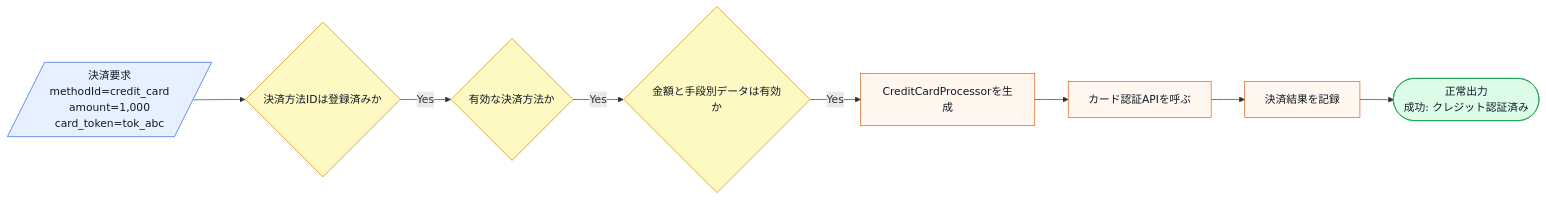
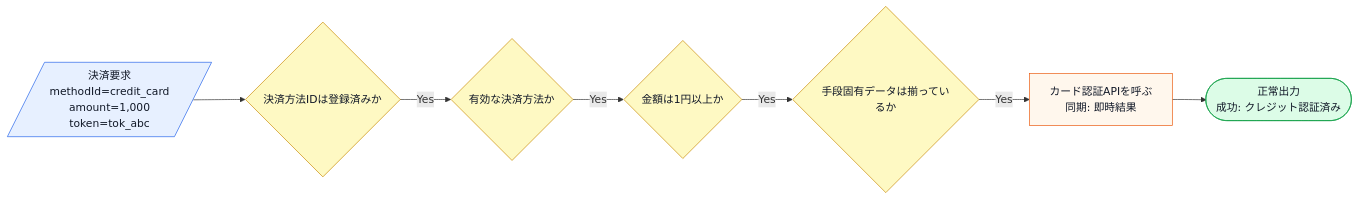
The second of 9 diagrams in kindle/design-patterns/output/chapter08.md (kumachan1101-pixel/DesignPattern), drawn with Mermaid before and after one commit. The commit also changed other lines of this file, not shown here.

````diff
--- a/kindle/design-patterns/output/chapter08.md
+++ b/kindle/design-patterns/output/chapter08.md
@@ -98,15 +123,14 @@
 ```mermaid
 flowchart LR
-    A[/決済要求<br>methodId=credit_card<br>amount=1,000<br>card_token=tok_abc/]:::input --> B{決済方法IDは登録済みか}:::decision
+    A[/決済要求<br>methodId=credit_card<br>amount=1,000<br>token=tok_abc/]:::input --> B{決済方法IDは登録済みか}:::decision
     B -->|Yes| C{有効な決済方法か}:::decision
-    C -->|Yes| D{金額と手段別データは有効か}:::decision
-    D -->|Yes| E[CreditCardProcessorを生成]:::process
-    E --> F[カード認証APIを呼ぶ]:::process
-    F --> G[決済結果を記録]:::process
-    G --> H([正常出力<br>成功: クレジット認証済み]):::normal
+    C -->|Yes| D{金額は1円以上か}:::decision
+    D -->|Yes| E{手段固有データは揃っているか}:::decision
+    E -->|Yes| F[カード認証APIを呼ぶ<br>同期: 即時結果]:::process
+    F --> G([正常出力<br>成功: クレジット認証済み]):::normal
 
     classDef input fill:#e7f0ff,stroke:#2563eb,color:#111827;
     classDef process fill:#fff7ed,stroke:#ea580c,color:#111827;
     classDef decision fill:#fef9c3,stroke:#ca8a04,color:#111827;
     classDef normal fill:#dcfce7,stroke:#16a34a,color:#111827;
 ```
````
